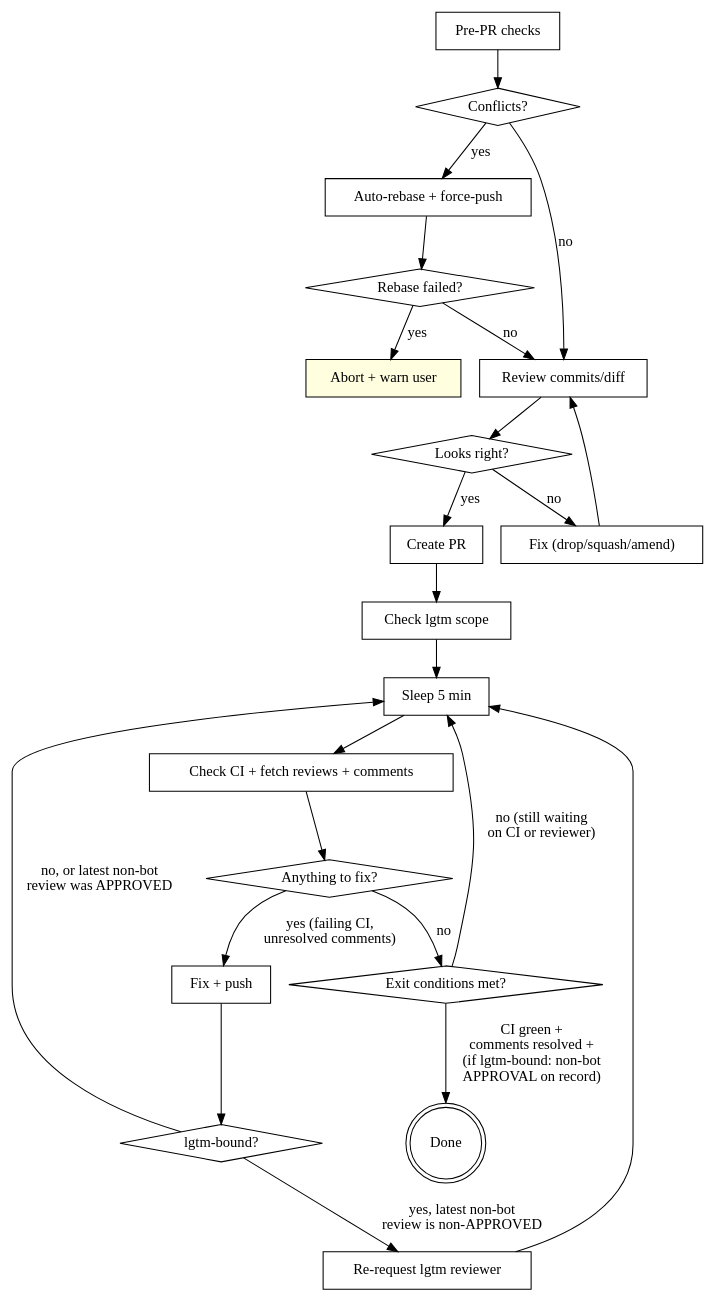
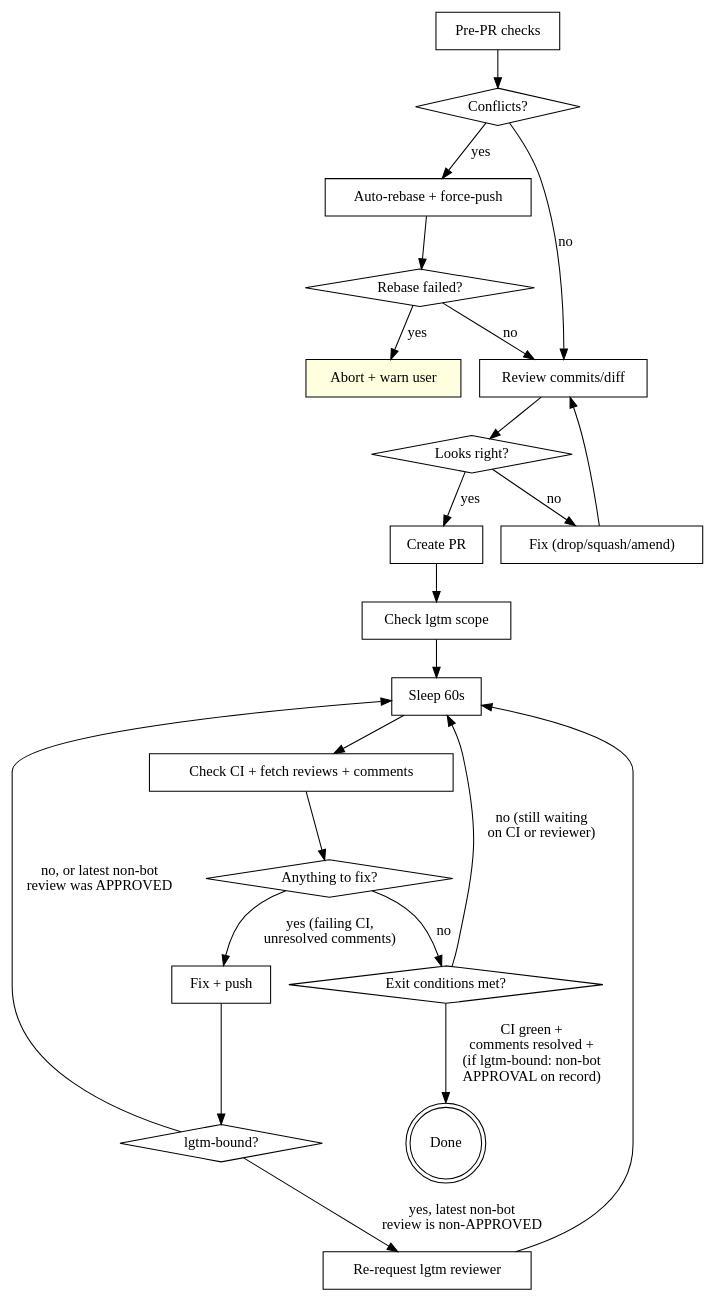
Before and after one commit to johnnymo87/workstation: the diagram in assets/opencode/skills/shepherding-pull-requests/SKILL.md, drawn with Graphviz. The commit also changed other lines of this file, not shown here.

Commit message:
docs(pr): poll shepherding loops every minute

````diff
--- a/assets/opencode/skills/shepherding-pull-requests/SKILL.md
+++ b/assets/opencode/skills/shepherding-pull-requests/SKILL.md
@@ -12,46 +12,46 @@
 ```dot
 digraph pr_lifecycle {
     rankdir=TB;
     "Pre-PR checks" [shape=box];
     "Conflicts?" [shape=diamond];
     "Auto-rebase + force-push" [shape=box];
     "Rebase failed?" [shape=diamond];
     "Abort + warn user" [shape=box, style=filled, fillcolor=lightyellow];
     "Review commits/diff" [shape=box];
     "Looks right?" [shape=diamond];
     "Fix (drop/squash/amend)" [shape=box];
     "Create PR" [shape=box];
     "Check lgtm scope" [shape=box];
-    "Sleep 5 min" [shape=box];
+    "Sleep 60s" [shape=box];
     "Check CI + fetch reviews + comments" [shape=box];
     "Anything to fix?" [shape=diamond];
     "Fix + push" [shape=box];
     "lgtm-bound?" [shape=diamond];
     "Re-request lgtm reviewer" [shape=box];
     "Exit conditions met?" [shape=diamond];
     "Done" [shape=doublecircle];
 
     "Pre-PR checks" -> "Conflicts?";
     "Conflicts?" -> "Review commits/diff" [label="no"];
     "Conflicts?" -> "Auto-rebase + force-push" [label="yes"];
     "Auto-rebase + force-push" -> "Rebase failed?";
     "Rebase failed?" -> "Review commits/diff" [label="no"];
     "Rebase failed?" -> "Abort + warn user" [label="yes"];
     "Review commits/diff" -> "Looks right?";
     "Looks right?" -> "Create PR" [label="yes"];
     "Looks right?" -> "Fix (drop/squash/amend)" [label="no"];
     "Fix (drop/squash/amend)" -> "Review commits/diff";
     "Create PR" -> "Check lgtm scope";
-    "Check lgtm scope" -> "Sleep 5 min";
-    "Sleep 5 min" -> "Check CI + fetch reviews + comments";
+    "Check lgtm scope" -> "Sleep 60s";
+    "Sleep 60s" -> "Check CI + fetch reviews + comments";
     "Check CI + fetch reviews + comments" -> "Anything to fix?";
     "Anything to fix?" -> "Fix + push" [label="yes (failing CI,\nunresolved comments)"];
     "Anything to fix?" -> "Exit conditions met?" [label="no"];
     "Fix + push" -> "lgtm-bound?";
     "lgtm-bound?" -> "Re-request lgtm reviewer" [label="yes, latest non-bot\nreview is non-APPROVED"];
-    "lgtm-bound?" -> "Sleep 5 min" [label="no, or latest non-bot\nreview was APPROVED"];
-    "Re-request lgtm reviewer" -> "Sleep 5 min";
+    "lgtm-bound?" -> "Sleep 60s" [label="no, or latest non-bot\nreview was APPROVED"];
+    "Re-request lgtm reviewer" -> "Sleep 60s";
     "Exit conditions met?" -> "Done" [label="CI green +\ncomments resolved +\n(if lgtm-bound: non-bot\nAPPROVAL on record)"];
-    "Exit conditions met?" -> "Sleep 5 min" [label="no (still waiting\non CI or reviewer)"];
+    "Exit conditions met?" -> "Sleep 60s" [label="no (still waiting\non CI or reviewer)"];
 }
 ```
````
